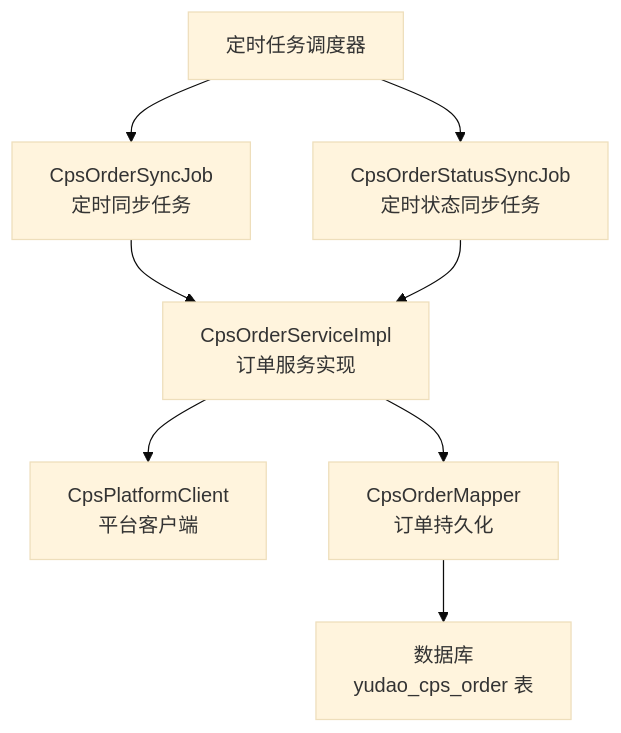
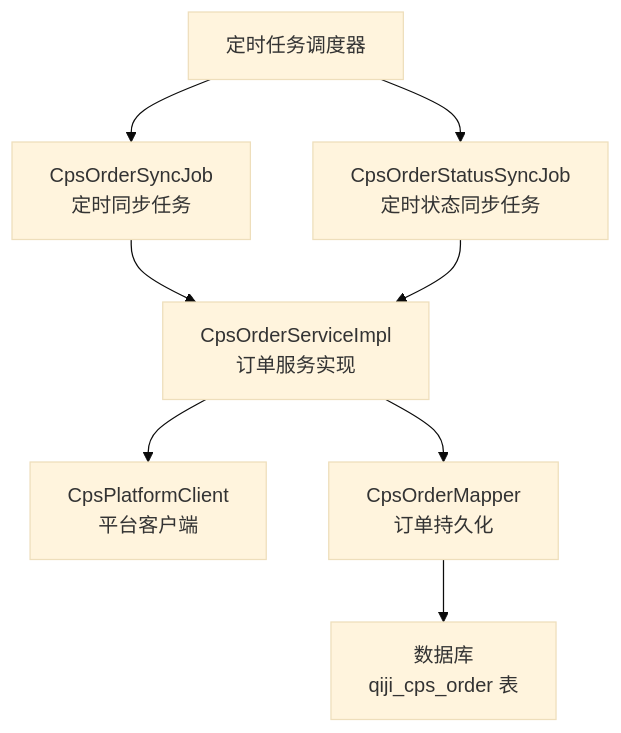
One commit to zhuangpengLI/AgenticCPS changed the second of 7 diagrams in backend/.qoder/repowiki/zh/content/核心业务模块/CPS联盟返利模块/订单管理与追踪.md. Above: the diagram before and after it, drawn with Mermaid (base theme). The commit also changed other lines of this file and 3489 other files, not shown here.

````diff
--- a/backend/.qoder/repowiki/zh/content/核心业务模块/CPS联盟返利模块/订单管理与追踪.md
+++ b/backend/.qoder/repowiki/zh/content/核心业务模块/CPS联盟返利模块/订单管理与追踪.md
@@ -89,17 +89,17 @@
 ```mermaid
 graph TB
 SCHED["定时任务调度器"]
 SYNC_JOB["CpsOrderSyncJob<br/>定时同步任务"]
 STATUS_JOB["CpsOrderStatusSyncJob<br/>定时状态同步任务"]
 SERVICE["CpsOrderServiceImpl<br/>订单服务实现"]
 CLIENT["CpsPlatformClient<br/>平台客户端"]
 MAPPER["CpsOrderMapper<br/>订单持久化"]
-DB["数据库<br/>yudao_cps_order 表"]
+DB["数据库<br/>qiji_cps_order 表"]
 SCHED --> SYNC_JOB
 SCHED --> STATUS_JOB
 SYNC_JOB --> SERVICE
 STATUS_JOB --> SERVICE
 SERVICE --> CLIENT
 SERVICE --> MAPPER
 MAPPER --> DB
 ```
````
